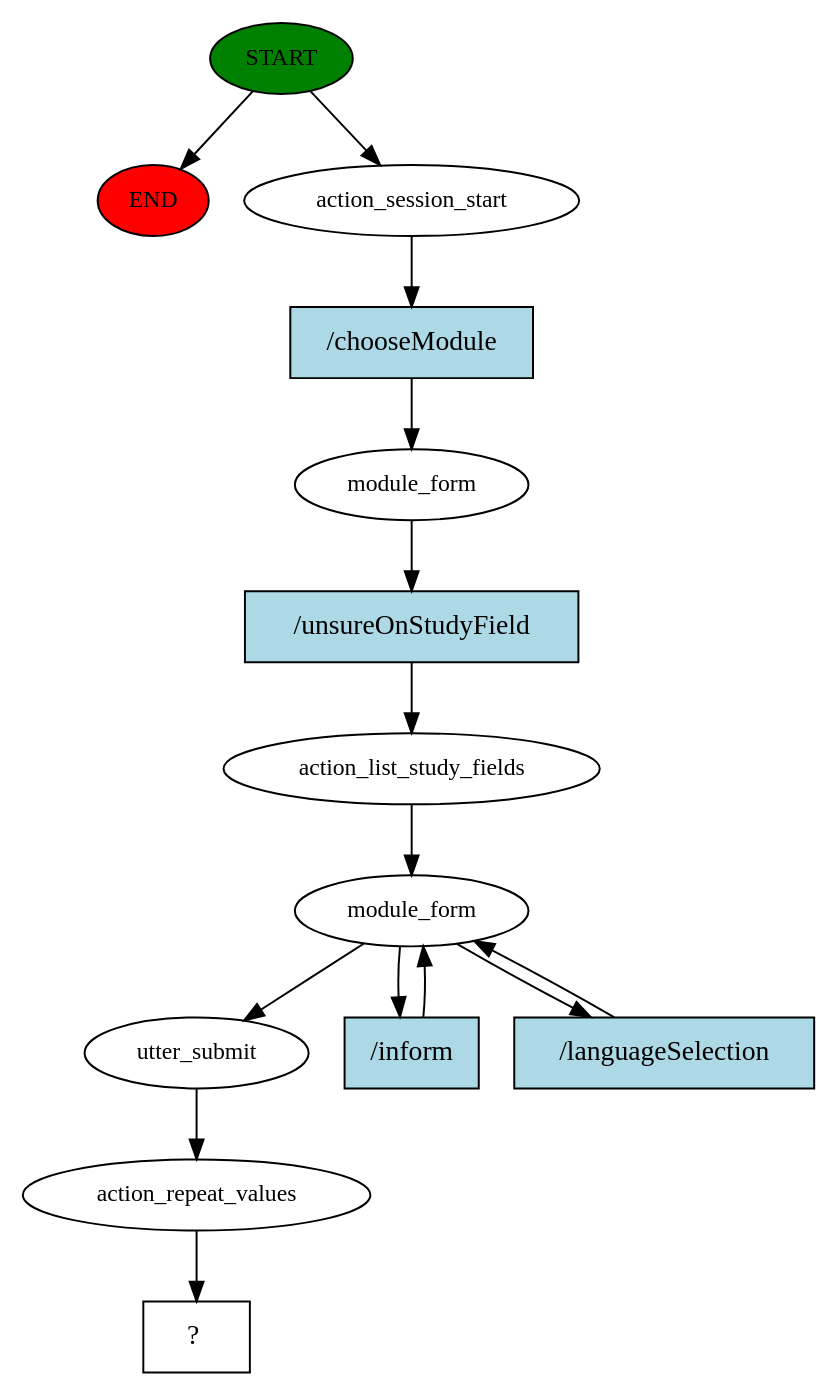
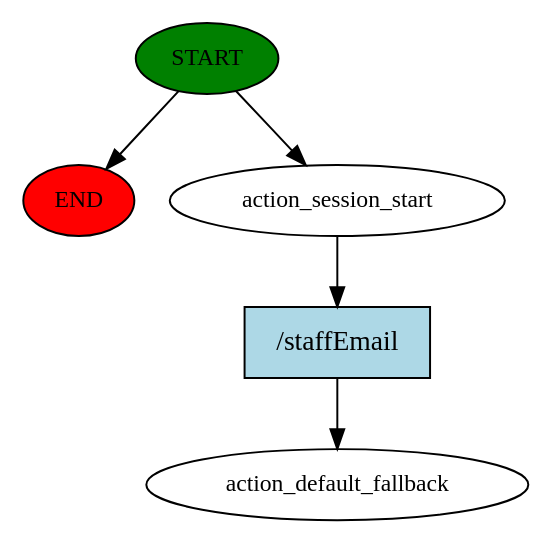
One commit to lewisstevenmackenzie/Dissertation1 changed the diagram in story_graph.dot. Above: the diagram before and after it, drawn with Graphviz. The commit also changed 727 other files, not shown here.

```diff
--- a/story_graph.dot
+++ b/story_graph.dot
@@ -1,29 +1,11 @@
 digraph  {
 0 [class="start active", fillcolor=green, fontsize=12, label=START, style=filled];
 "-1" [class=end, fillcolor=red, fontsize=12, label=END, style=filled];
 1 [class=active, fontsize=12, label=action_session_start];
-2 [class=active, fontsize=12, label=module_form];
-3 [class=active, fontsize=12, label=action_list_study_fields];
-4 [class=active, fontsize=12, label=module_form];
-8 [class=active, fontsize=12, label=utter_submit];
-9 [class=active, fontsize=12, label=action_repeat_values];
-10 [class="intent dashed active", label="  ?  ", shape=rect];
-11 [class="intent active", fillcolor=lightblue, label="/chooseModule", shape=rect, style=filled];
-12 [class="intent active", fillcolor=lightblue, label="/unsureOnStudyField", shape=rect, style=filled];
-13 [class="intent active", fillcolor=lightblue, label="/inform", shape=rect, style=filled];
-14 [class="intent active", fillcolor=lightblue, label="/languageSelection", shape=rect, style=filled];
+2 [class="dashed active", fontsize=12, label=action_default_fallback];
+3 [class="intent active", fillcolor=lightblue, label="/staffEmail", shape=rect, style=filled];
 0 -> "-1"  [class="", key=NONE, label=""];
 0 -> 1  [class=active, key=NONE, label=""];
-1 -> 11  [class=active, key=0];
-2 -> 12  [class=active, key=0];
-3 -> 4  [class=active, key=NONE, label=""];
-4 -> 8  [class=active, key=NONE, label=""];
-4 -> 13  [class=active, key=0];
-4 -> 14  [class=active, key=0];
-8 -> 9  [class=active, key=NONE, label=""];
-9 -> 10  [class=active, key=NONE, label=""];
-11 -> 2  [class=active, key=0];
-12 -> 3  [class=active, key=0];
-13 -> 4  [class=active, key=0];
-14 -> 4  [class=active, key=0];
+1 -> 3  [class=active, key=0];
+3 -> 2  [class=active, key=0];
 }
```
